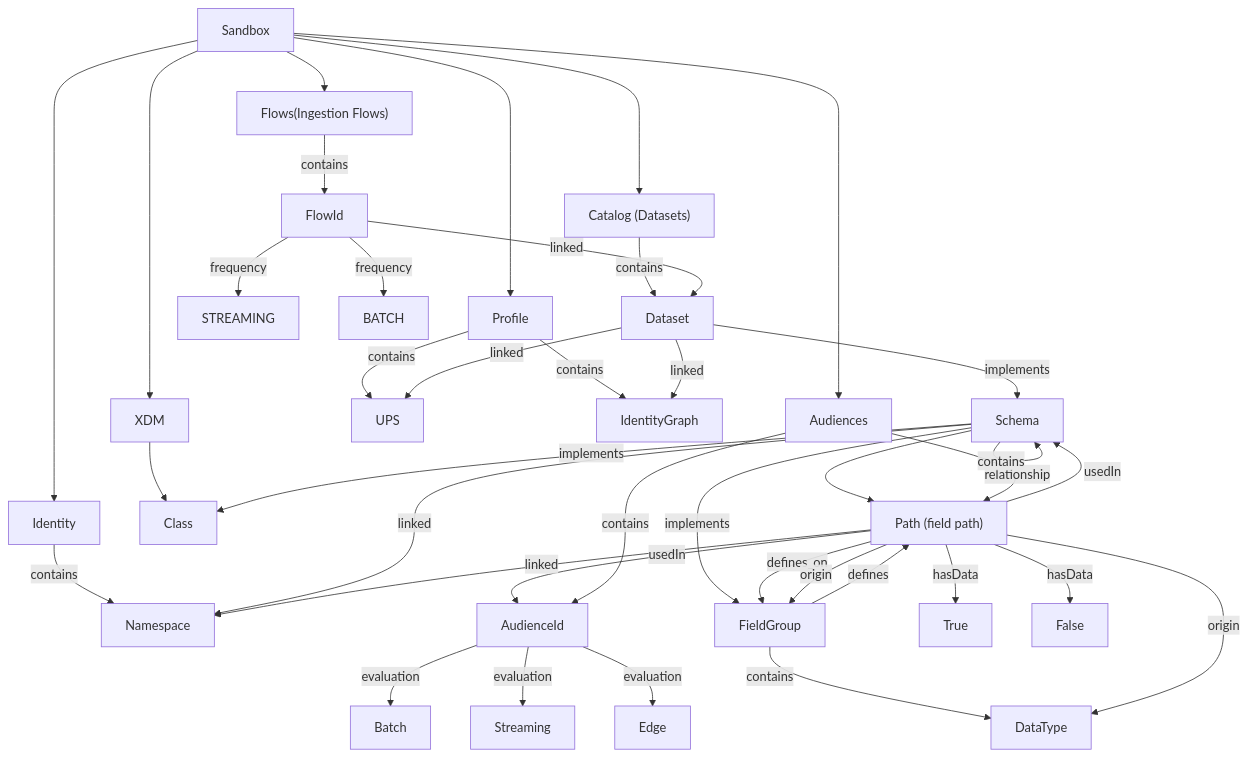
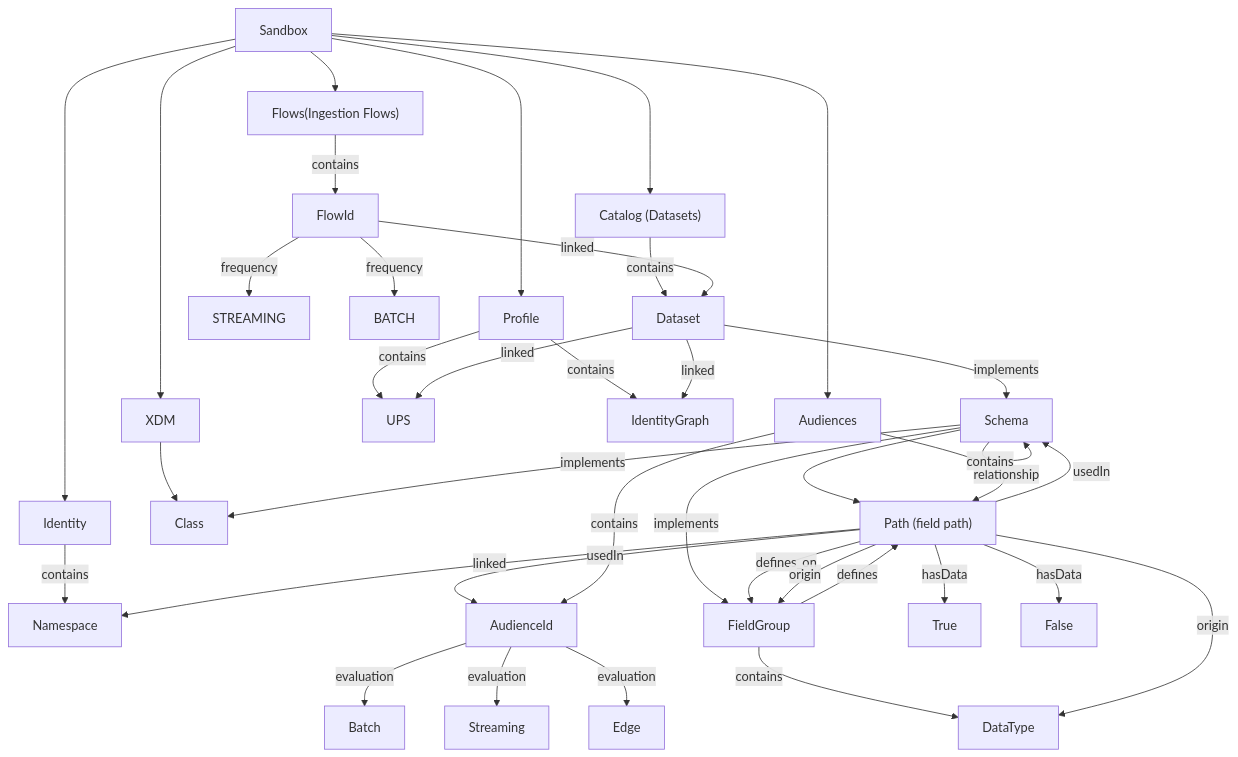
Before and after one commit to adobe/aepp: the diagram in docs/knowledge-graph.md, drawn with Mermaid. The commit also changed other lines of this file and 5 other files, not shown here.

Commit message:
adding more method for knowledge graph and lowercasing the extract artifacts + documentation

````diff
--- a/docs/knowledge-graph.md
+++ b/docs/knowledge-graph.md
@@ -270,42 +305,41 @@
 ```mermaid
 graph TD
     Sandbox --> XDM
     Sandbox --> Catalog["Catalog (Datasets)"]
     Sandbox --> Flows["Flows(Ingestion Flows)"]
     Sandbox --> Audiences
     Sandbox --> Profile
     Sandbox --> Identity
     Identity -->|contains| Namespace
     Profile --> |contains| UPS
     Profile --> |contains| IdentityGraph
     XDM --> Class
     Schema -->|implements| Class
     Schema --> Path["Path (field path)"]
     Schema -->|implements| FieldGroup
     Schema -->|relationship| Schema
-    Schema -->|linked| Namespace
     FieldGroup -->|defines| Path
     FieldGroup --> |contains| DataType
     Path -->|usedIn| Schema
     Path -->|usedIn| AudienceId
     Path -->|defines_on| FieldGroup
     Path -->|linked| Namespace
     Path -->|hasData| True
     Path -->|hasData| False
     Path -->|origin| FieldGroup
     Path -->|origin| DataType
     Catalog -->|contains| Dataset
     Dataset -->|implements| Schema
     Dataset -->|linked| IdentityGraph
     Dataset -->|linked| UPS
     Flows --> |contains| FlowId
     FlowId -->|linked| Dataset
     FlowId -->|frequency| STREAMING
     FlowId -->|frequency| BATCH
     Audiences --> |contains | AudienceId
     Audiences -->|contains| Path
     AudienceId --> |evaluation| Batch
     AudienceId --> |evaluation| Streaming
     AudienceId --> |evaluation| Edge
     
 ```
````
